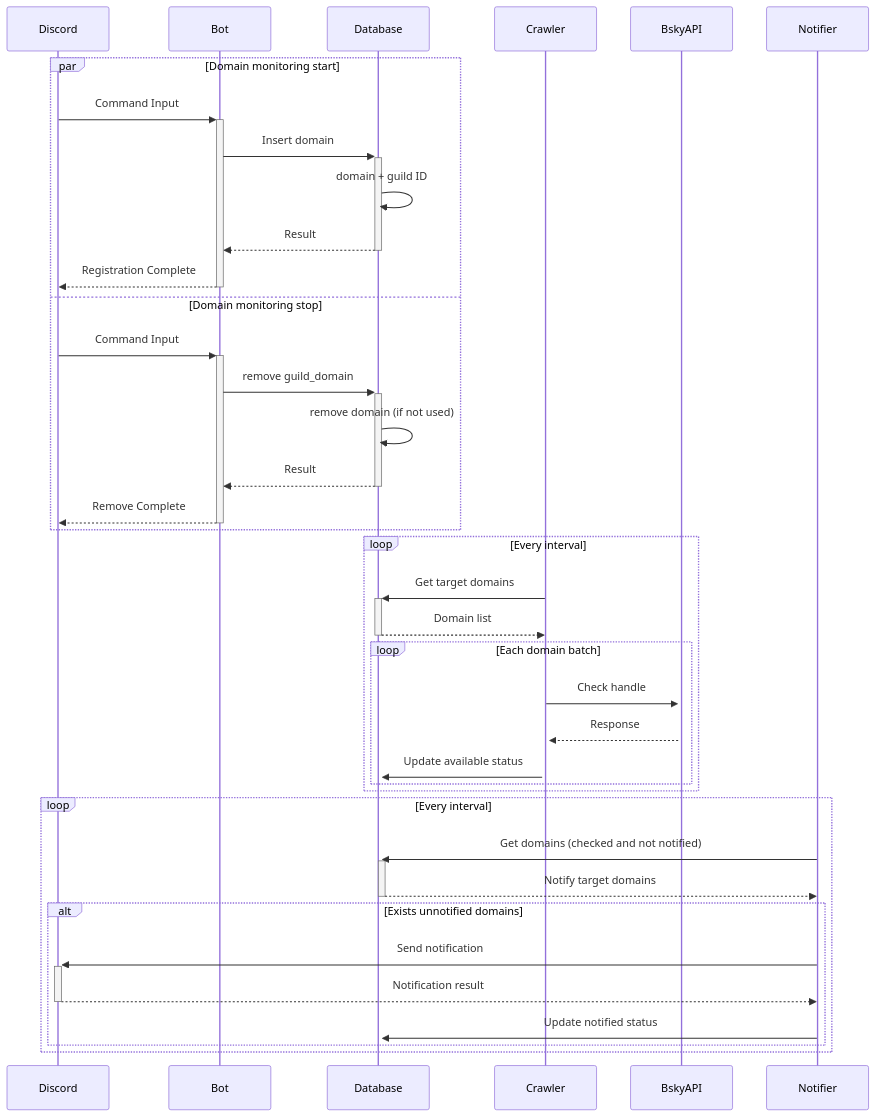
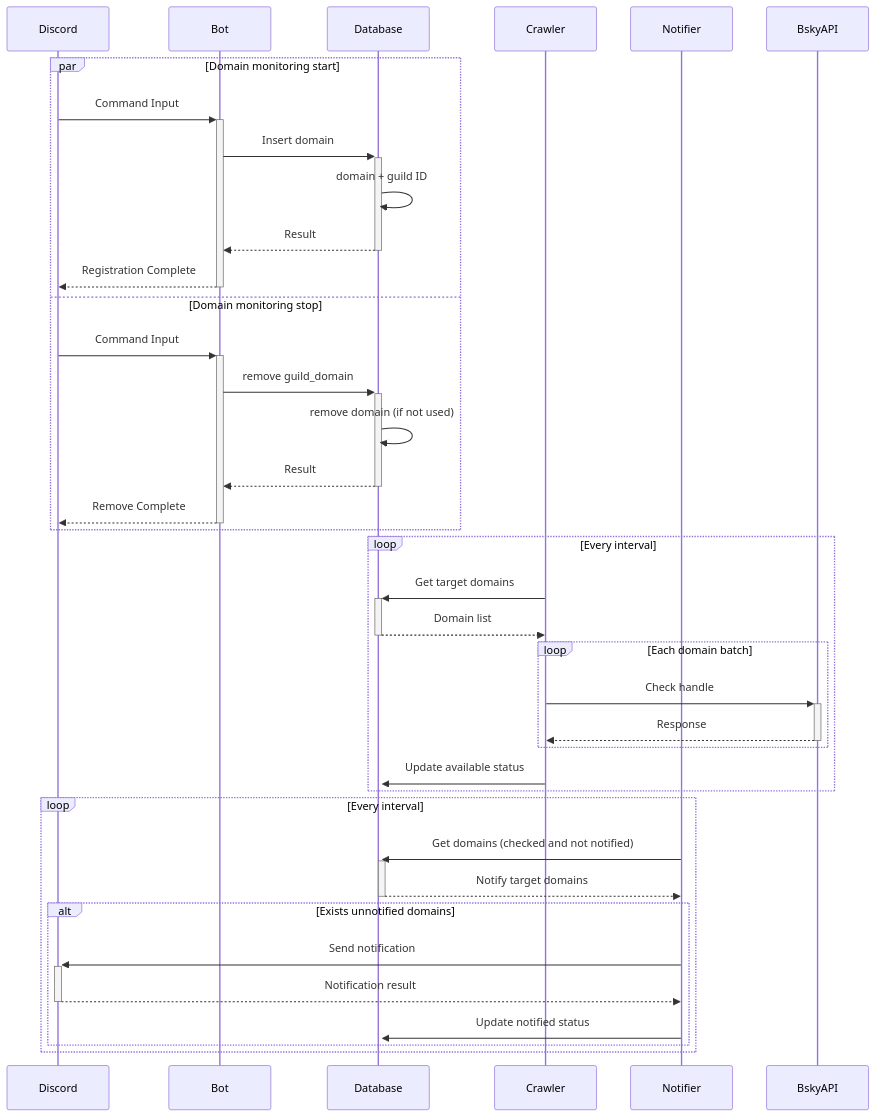
The diagram in docs/sequence.md (anon5r/bsky-handle-checker), drawn with Mermaid before and after one commit. The commit also changed 2 other files, not shown here.

Commit message:
Add usage instructions for Discord bot and update README

````diff
--- a/docs/sequence.md
+++ b/docs/sequence.md
@@ -3,48 +3,48 @@
 ```mermaid
 sequenceDiagram
     participant Discord
     participant Bot
     participant DB as Database
     participant Crawler
+    participant Notifier
     participant BskyAPI
-    participant Notifier
 
     par Domain monitoring start
         %% Domain Monitoring Start Flow
         Discord->>+Bot: Command Input
         Bot->>+DB: Insert domain
         DB->>DB: domain + guild ID
         DB-->>-Bot: Result
         Bot-->>-Discord: Registration Complete
     and Domain monitoring stop
         %% Domain Monitoring Stop Flow
         Discord->>+Bot: Command Input
         Bot->>+DB: remove guild_domain
         DB->>DB: remove domain (if not used)
         DB-->>-Bot: Result
         Bot-->>-Discord: Remove Complete
     end
 
     %% Crawler Flow
     loop Every interval
         Crawler->>+DB: Get target domains
         DB-->>-Crawler: Domain list
         loop Each domain batch
             Crawler->>+BskyAPI: Check handle
-            BskyAPI-->>+Crawler: Response
-            Crawler->>+DB: Update available status
+            BskyAPI-->>-Crawler: Response
         end
+        Crawler->>+DB: Update available status
     end
 
     %% Notification Flow
     loop Every interval
         Notifier->>+DB: Get domains (checked and not notified)
         DB-->>-Notifier: Notify target domains
         
         alt Exists unnotified domains 
             Notifier->>+Discord: Send notification
             Discord-->>-Notifier: Notification result
             Notifier->>+DB: Update notified status
         end
     end
 ```
````
